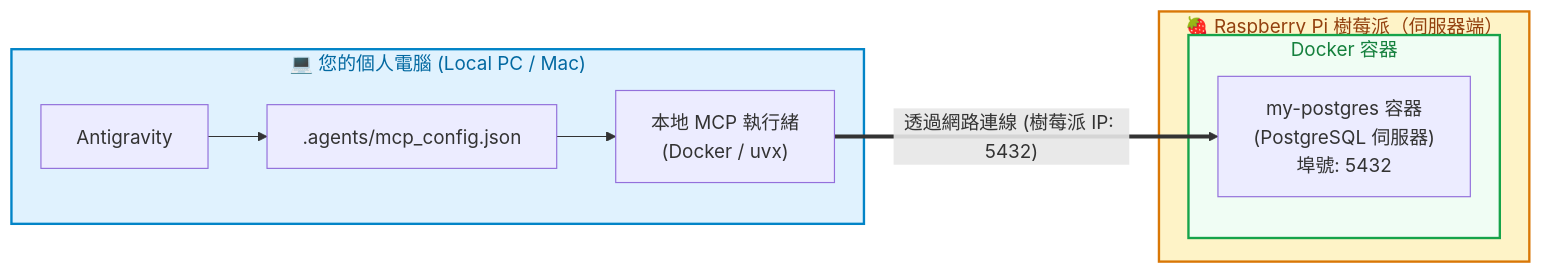
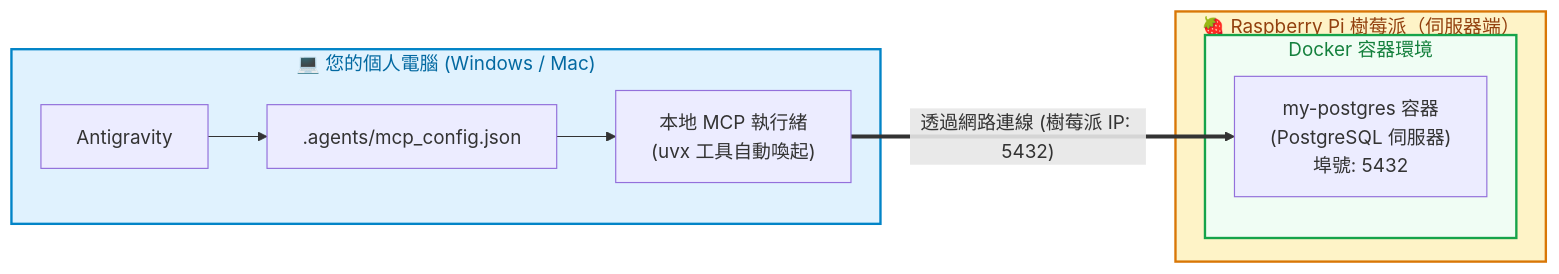
One commit to roberthsu2003/postgreSQL_MCP changed the diagram in raspberry_docker安裝/4_單獨安裝mcp_server.md. Above: the diagram before and after it, drawn with Mermaid. The commit also changed other lines of this file and 1 other file, not shown here.

Commit message:
docs: update antigravity and docker mcp installation guides

````diff
--- a/raspberry_docker安裝/4_單獨安裝mcp_server.md
+++ b/raspberry_docker安裝/4_單獨安裝mcp_server.md
@@ -11,24 +15,24 @@
 ```mermaid
 graph LR
-    subgraph Local ["💻 您的個人電腦 (Local PC / Mac)"]
+    subgraph Local ["💻 您的個人電腦 (Windows / Mac)"]
         AG["Antigravity"]
         Config[".agents/mcp_config.json"]
-        MCPRunner["本地 MCP 執行緒<br/>(Docker / uvx)"]
+        MCPRunner["本地 MCP 執行緒<br/>(uvx 工具自動喚起)"]
         AG --> Config --> MCPRunner
     end
 
     subgraph Pi ["🍓 Raspberry Pi 樹莓派（伺服器端）"]
-        subgraph Docker ["Docker 容器"]
+        subgraph Docker ["Docker 容器環境"]
             PG["my-postgres 容器<br/>(PostgreSQL 伺服器)<br/>埠號: 5432"]
         end
     end
 
     MCPRunner ==>|"透過網路連線 (樹莓派 IP: 5432)"| PG
 
     classDef client fill:#e0f2fe,stroke:#0284c7,stroke-width:2px,color:#0369a1
     classDef server fill:#fef3c7,stroke:#d97706,stroke-width:2px,color:#92400e
     classDef docker fill:#f0fdf4,stroke:#16a34a,stroke-width:2px,color:#15803d
     class Local client
     class Pi server
     class Docker docker
 ```
````
